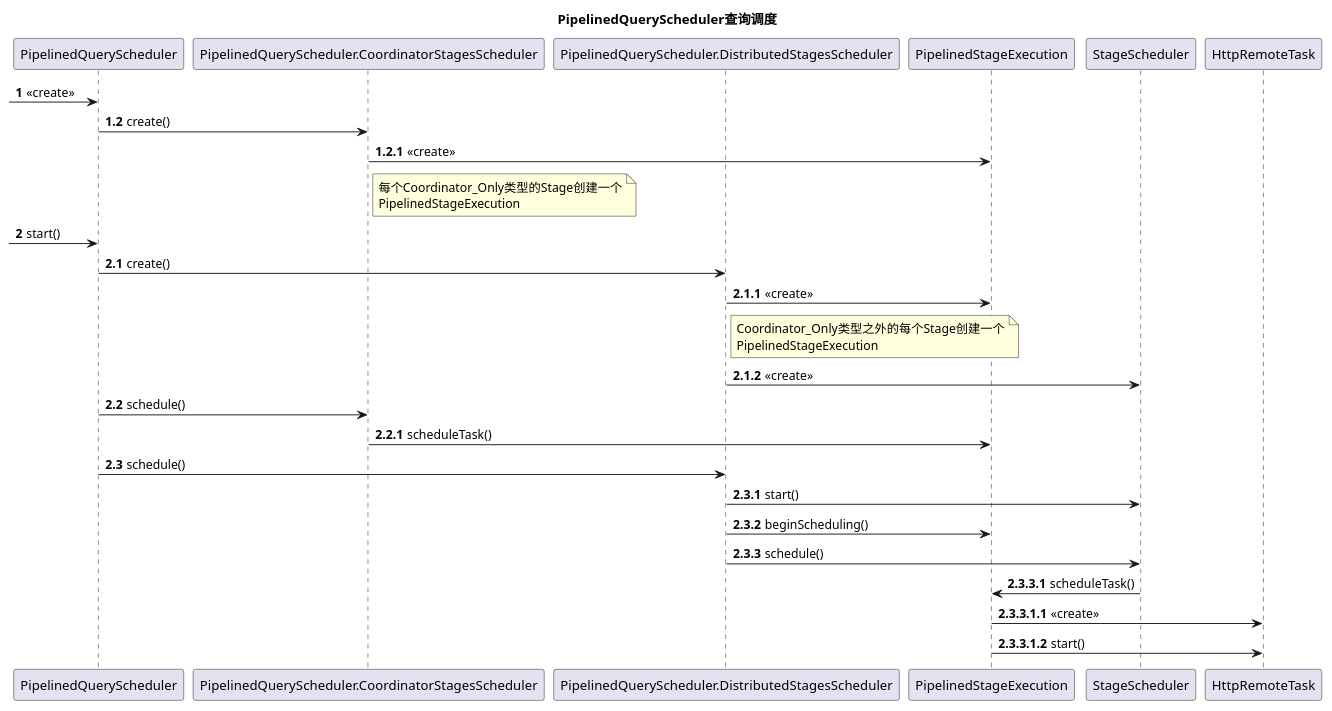
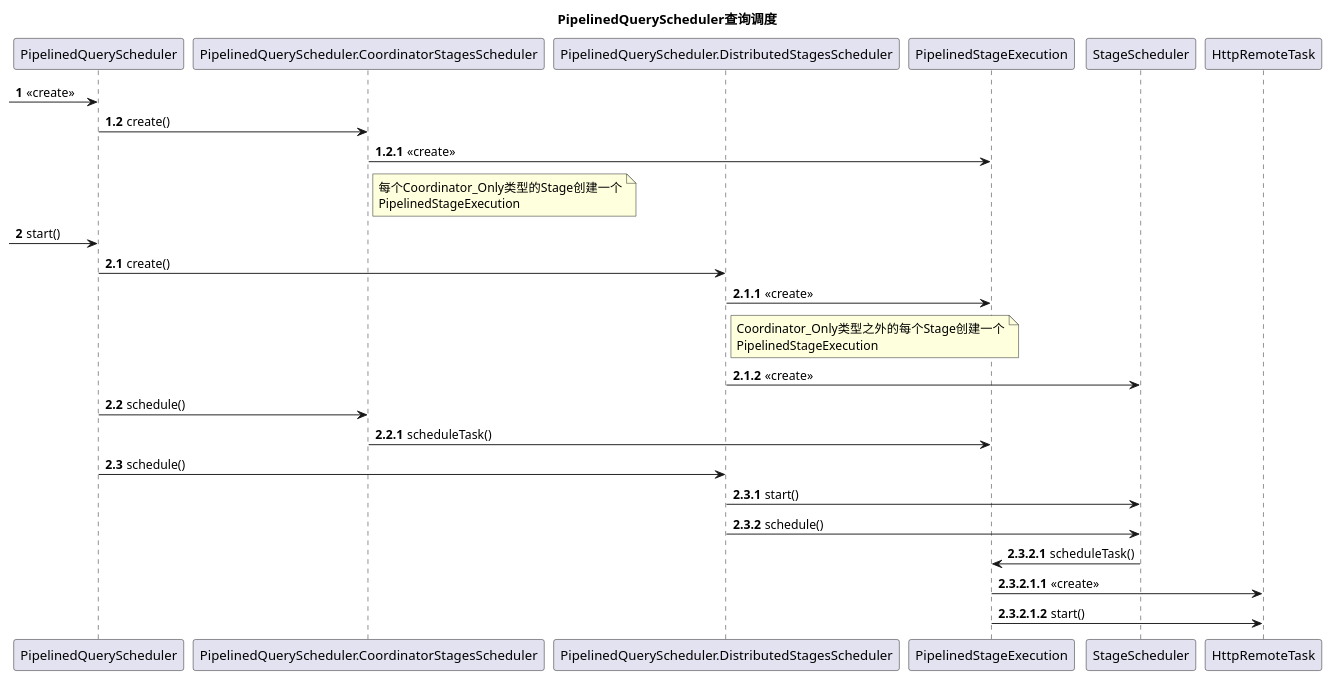
Before and after one commit to pyh8023/study: the diagram in trino/uml/trino_query_scheduler_405.puml, drawn with PlantUML. The commit also changed 5 other files, not shown here.

```diff
--- a/trino/uml/trino_query_scheduler_405.puml
+++ b/trino/uml/trino_query_scheduler_405.puml
@@ -1,43 +1,42 @@
 @startuml
 title PipelinedQueryScheduler查询调度
 autonumber
 -> PipelinedQueryScheduler:  <<create>>
 autonumber 1.2
 PipelinedQueryScheduler -> PipelinedQueryScheduler.CoordinatorStagesScheduler : create()
 participant PipelinedQueryScheduler.DistributedStagesScheduler
 autonumber 1.2.1
 PipelinedQueryScheduler.CoordinatorStagesScheduler -> PipelinedStageExecution : <<create>>
 note right of PipelinedQueryScheduler.CoordinatorStagesScheduler
 每个Coordinator_Only类型的Stage创建一个
 PipelinedStageExecution
 end note
 
 autonumber 2
 -> PipelinedQueryScheduler: start()
 autonumber 2.1
 PipelinedQueryScheduler -> PipelinedQueryScheduler.DistributedStagesScheduler : create()
 autonumber 2.1.1
 PipelinedQueryScheduler.DistributedStagesScheduler -> PipelinedStageExecution : <<create>>
 note right of PipelinedQueryScheduler.DistributedStagesScheduler
 Coordinator_Only类型之外的每个Stage创建一个
 PipelinedStageExecution
 end note
 PipelinedQueryScheduler.DistributedStagesScheduler -> StageScheduler : <<create>>
 
 autonumber 2.2
 PipelinedQueryScheduler -> PipelinedQueryScheduler.CoordinatorStagesScheduler : schedule()
 autonumber 2.2.1
 PipelinedQueryScheduler.CoordinatorStagesScheduler -> PipelinedStageExecution : scheduleTask()
 
 autonumber 2.3
 PipelinedQueryScheduler -> PipelinedQueryScheduler.DistributedStagesScheduler : schedule()
 autonumber 2.3.1
 PipelinedQueryScheduler.DistributedStagesScheduler -> StageScheduler : start()
-PipelinedQueryScheduler.DistributedStagesScheduler -> PipelinedStageExecution : beginScheduling()
 PipelinedQueryScheduler.DistributedStagesScheduler -> StageScheduler : schedule()
-autonumber 2.3.3.1
+autonumber 2.3.2.1
 StageScheduler -> PipelinedStageExecution : scheduleTask()
-autonumber 2.3.3.1.1
+autonumber 2.3.2.1.1
 PipelinedStageExecution -> HttpRemoteTask : <<create>>
 PipelinedStageExecution -> HttpRemoteTask : start()
 @enduml
```
